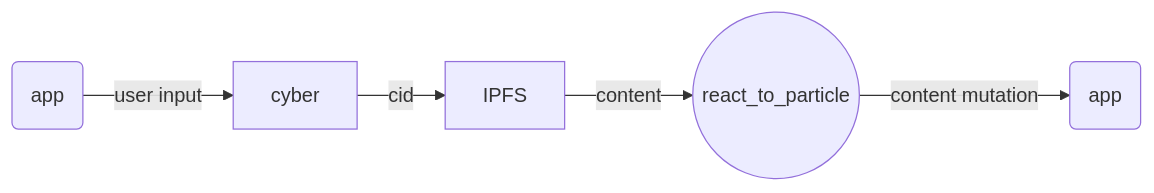
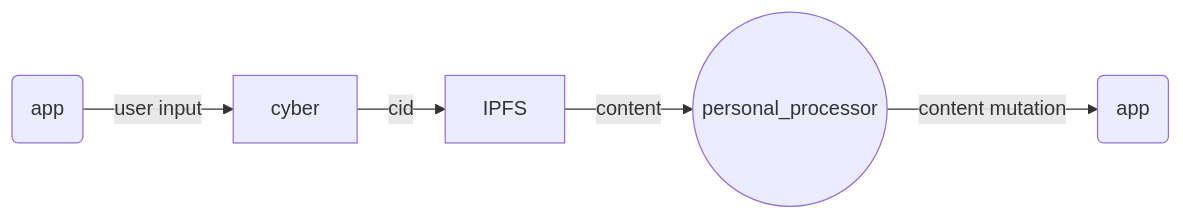
One commit to cybercongress/cyb-ts changed the first of 2 diagrams in docs/scripting.md. Above: the diagram before and after it, drawn with Mermaid. The commit also changed other lines of this file and 17 other files, not shown here.

````diff
--- a/docs/scripting.md
+++ b/docs/scripting.md
@@ -16,4 +16,4 @@
 ```mermaid
 graph LR
-E(app) -- user input --> A[cyber] -- cid --> B[IPFS] -- content --> C(("react_to_particle")) -- content mutation --> D(app)
+E(app) -- user input --> A[cyber] -- cid --> B[IPFS] -- content --> C(("personal_processor")) -- content mutation --> D(app)
 ```
````
